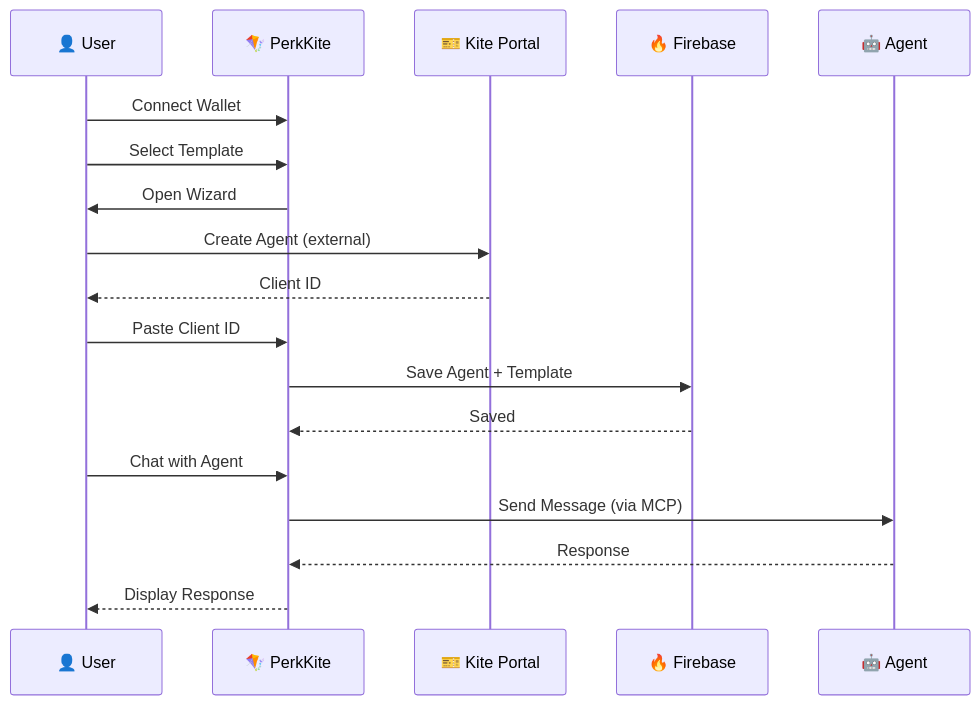
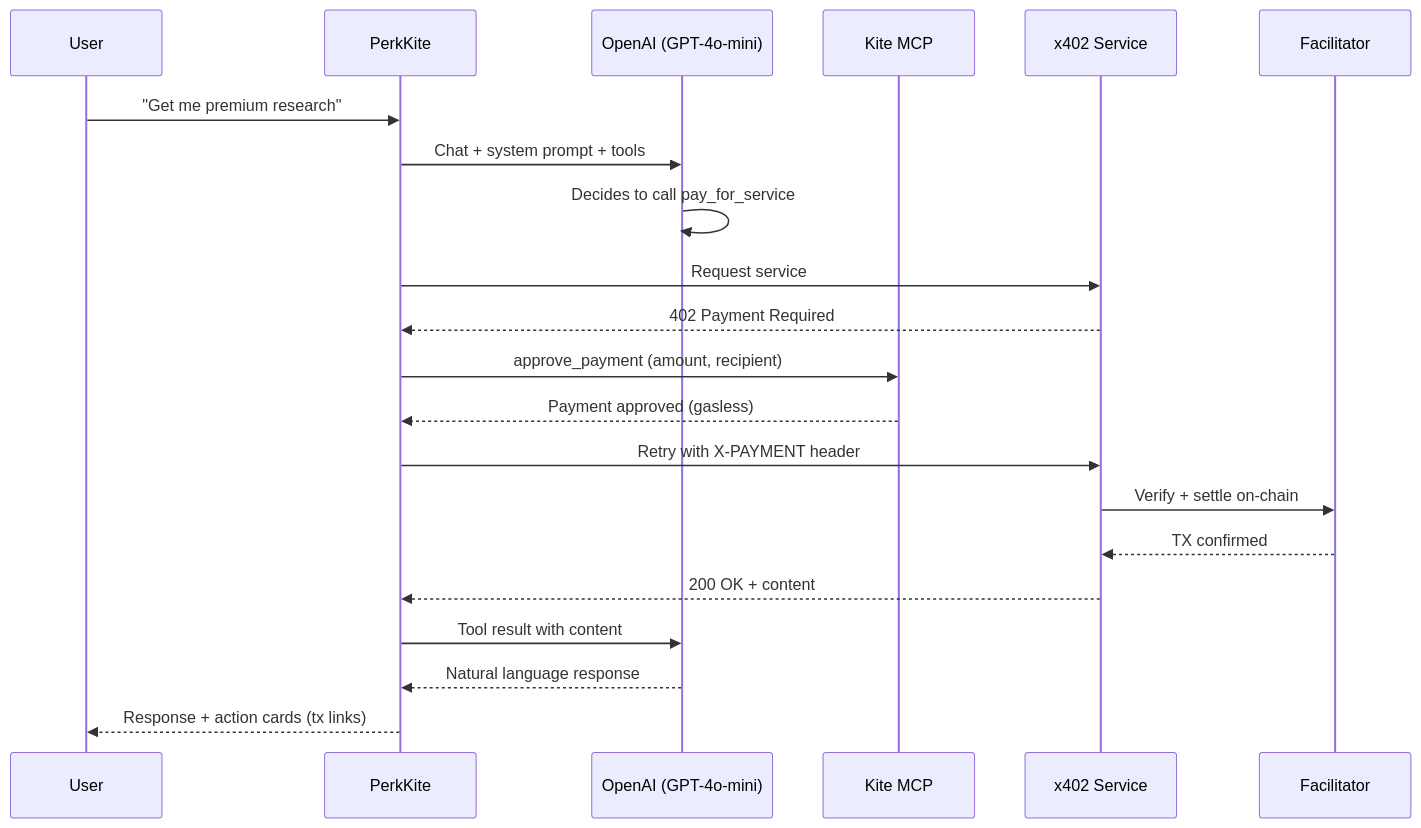
Before and after one commit to PerkOS-xyz/PerkKite: the diagram in README.md, drawn with Mermaid. The commit also changed other lines of this file and 13 other files, not shown here.

````diff
--- a/README.md
+++ b/README.md
@@ -95,24 +66,24 @@
 ```mermaid
 sequenceDiagram
-    participant U as 👤 User
-    participant P as 🪁 PerkKite
-    participant K as 🎫 Kite Portal
-    participant F as 🔥 Firebase
-    participant A as 🤖 Agent
+    participant U as User
+    participant P as PerkKite
+    participant AI as OpenAI (GPT-4o-mini)
+    participant MCP as Kite MCP
+    participant X as x402 Service
+    participant F as Facilitator
 
-    U->>P: Connect Wallet
-    U->>P: Select Template
-    P->>U: Open Wizard
-    
-    U->>K: Create Agent (external)
-    K-->>U: Client ID
-    
-    U->>P: Paste Client ID
-    P->>F: Save Agent + Template
-    F-->>P: Saved
-    
-    U->>P: Chat with Agent
-    P->>A: Send Message (via MCP)
-    A-->>P: Response
-    P-->>U: Display Response
+    U->>P: "Get me premium research"
+    P->>AI: Chat + system prompt + tools
+    AI->>AI: Decides to call pay_for_service
+    P->>X: Request service
+    X-->>P: 402 Payment Required
+    P->>MCP: approve_payment (amount, recipient)
+    MCP-->>P: Payment approved (gasless)
+    P->>X: Retry with X-PAYMENT header
+    X->>F: Verify + settle on-chain
+    F-->>X: TX confirmed
+    X-->>P: 200 OK + content
+    P->>AI: Tool result with content
+    AI-->>P: Natural language response
+    P-->>U: Response + action cards (tx links)
 ```
````
